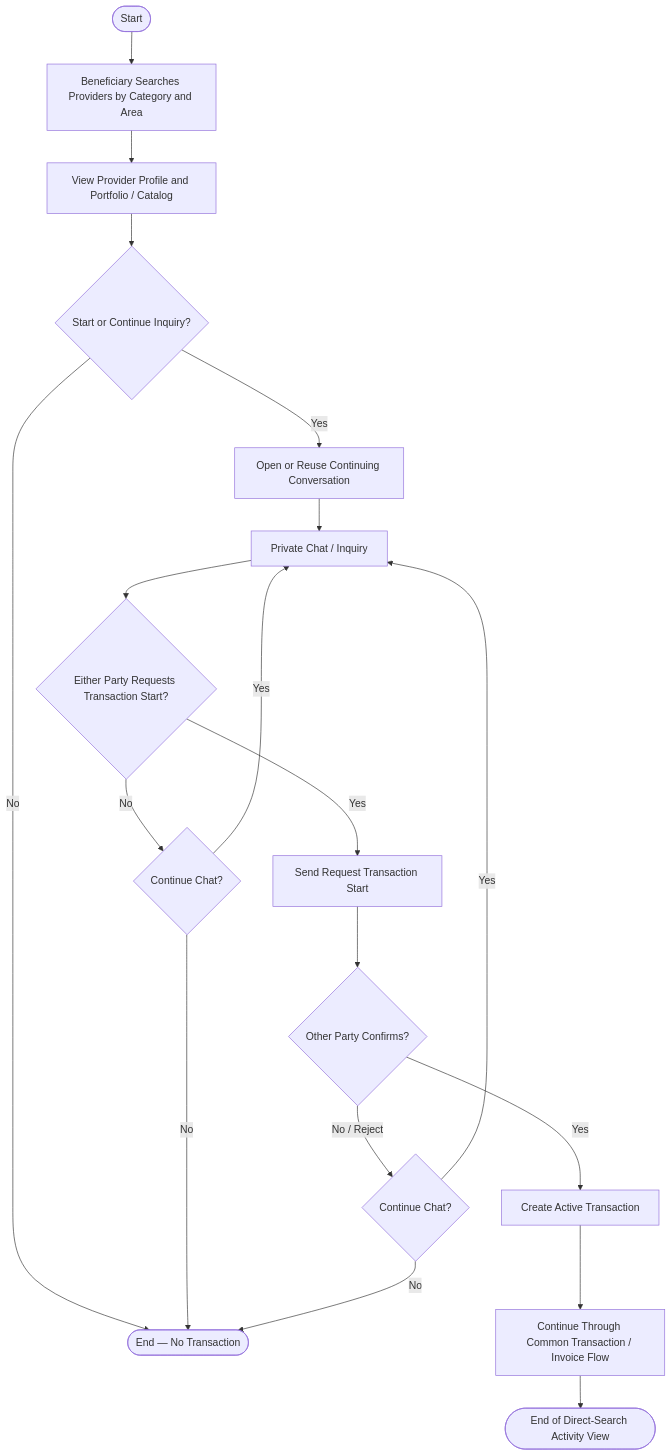
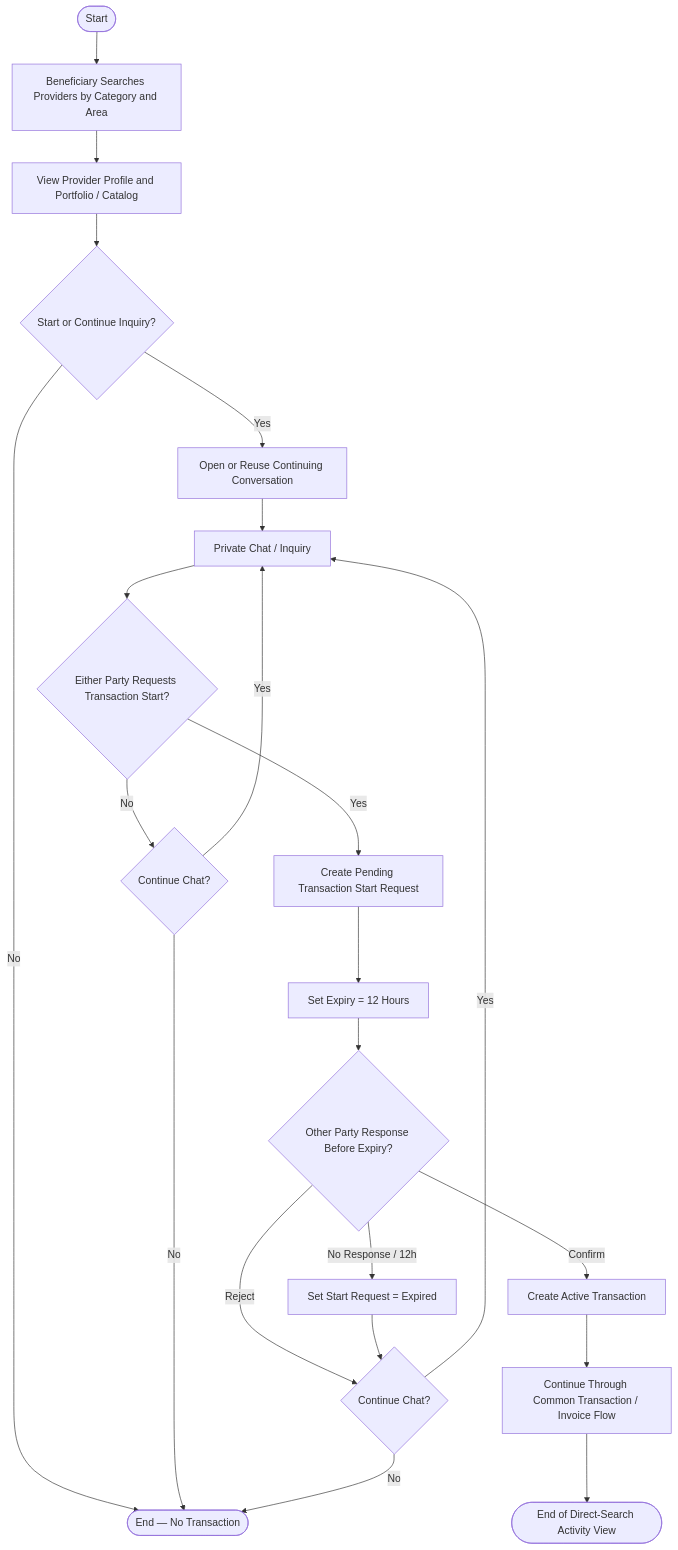
Before and after one commit to Yadd-SanaaUniversityGraduationProject/yadd: the diagram in diagrams/03-analysis/uml/activity/activity-direct-search-route.md, drawn with Mermaid. The commit also changed other lines of this file, not shown here.

Commit message:
uml: synchronize direct-search activity with DEC-082

````diff
--- a/diagrams/03-analysis/uml/activity/activity-direct-search-route.md
+++ b/diagrams/03-analysis/uml/activity/activity-direct-search-route.md
@@ -15,24 +15,27 @@
 ```mermaid
 flowchart TD
     S([Start]) --> A[Beneficiary Searches Providers by Category and Area]
     A --> B[View Provider Profile and Portfolio / Catalog]
     B --> C{Start or Continue Inquiry?}
     C -- No --> Z([End — No Transaction])
     C -- Yes --> D[Open or Reuse Continuing Conversation]
     D --> D1[Private Chat / Inquiry]
 
     D1 --> E{Either Party Requests Transaction Start?}
     E -- No --> F{Continue Chat?}
     F -- Yes --> D1
     F -- No --> Z
 
-    E -- Yes --> G[Send Request Transaction Start]
-    G --> H{Other Party Confirms?}
-    H -- Yes --> I[Create Active Transaction]
+    E -- Yes --> G[Create Pending Transaction Start Request]
+    G --> G1[Set Expiry = 12 Hours]
+    G1 --> H{Other Party Response Before Expiry?}
+    H -- Confirm --> I[Create Active Transaction]
     I --> J[Continue Through Common Transaction / Invoice Flow]
     J --> ZE([End of Direct-Search Activity View])
 
-    H -- No / Reject --> K{Continue Chat?}
+    H -- Reject --> K{Continue Chat?}
+    H -- No Response / 12h --> X[Set Start Request = Expired]
+    X --> K
     K -- Yes --> D1
     K -- No --> Z
 ```
````
